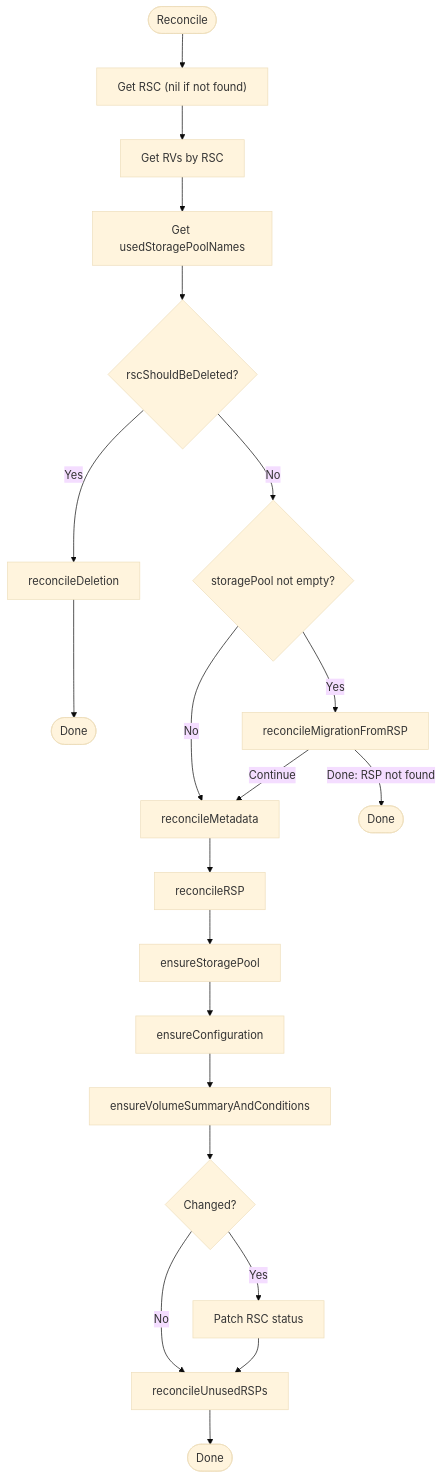
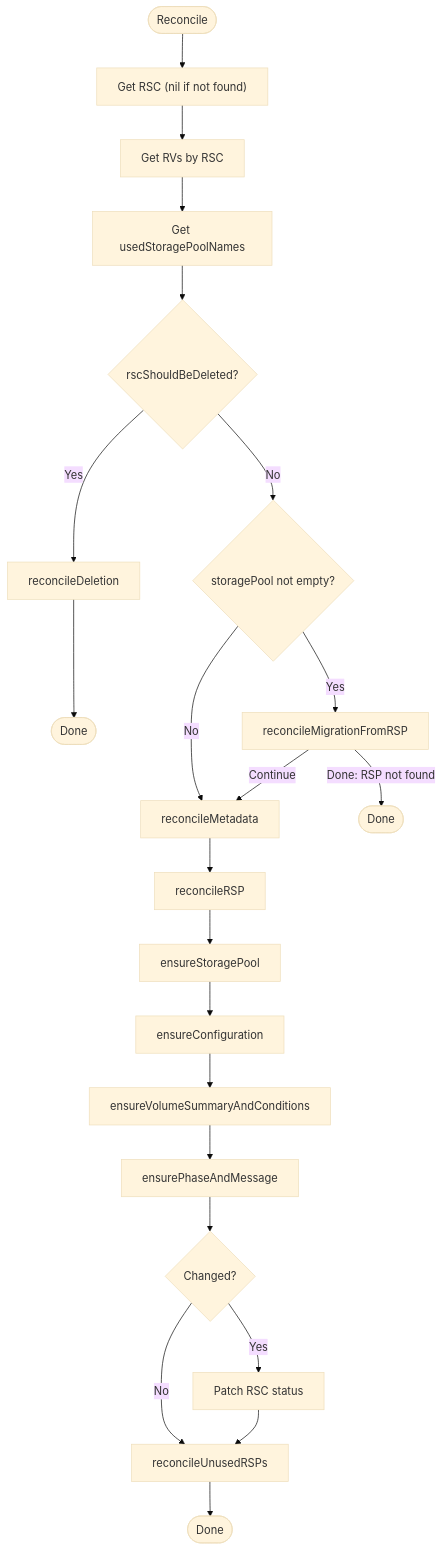
Before and after one commit to deckhouse/sds-replicated-volume: the first of 7 diagrams in images/controller/internal/controllers/rsc_controller/README.md, drawn with Mermaid (base theme). The commit also changed other lines of this file and 8 other files, not shown here.

First line of the commit message:
[api, controller] Add phase and message to ReplicatedStorageClass status

````diff
--- a/images/controller/internal/controllers/rsc_controller/README.md
+++ b/images/controller/internal/controllers/rsc_controller/README.md
@@ -71,27 +74,28 @@
 ```mermaid
 flowchart TD
     Start([Reconcile]) --> GetRSC["Get RSC (nil if not found)"]
     GetRSC --> GetRVs[Get RVs by RSC]
     GetRVs --> GetUsedPools[Get usedStoragePoolNames]
 
     GetUsedPools --> ShouldDelete{rscShouldBeDeleted?}
     ShouldDelete -->|Yes| Deletion[reconcileDeletion]
     Deletion --> DeletionDone([Done])
 
     ShouldDelete -->|No| Migration{storagePool not empty?}
     Migration -->|Yes| MigrationStep[reconcileMigrationFromRSP]
     Migration -->|No| Metadata
     MigrationStep -->|Done: RSP not found| MigrationDone([Done])
     MigrationStep -->|Continue| Metadata[reconcileMetadata]
 
     Metadata --> ReconcileRSP[reconcileRSP]
     ReconcileRSP --> EnsureStoragePool[ensureStoragePool]
     EnsureStoragePool --> EnsureConfig[ensureConfiguration]
     EnsureConfig --> EnsureVolumes[ensureVolumeSummaryAndConditions]
-    EnsureVolumes --> PatchDecision{Changed?}
+    EnsureVolumes --> EnsurePhase[ensurePhaseAndMessage]
+    EnsurePhase --> PatchDecision{Changed?}
     PatchDecision -->|Yes| PatchStatus[Patch RSC status]
     PatchDecision -->|No| ReleaseRSPs
     PatchStatus --> ReleaseRSPs
 
     ReleaseRSPs[reconcileUnusedRSPs] --> EndNode([Done])
 ```
````
